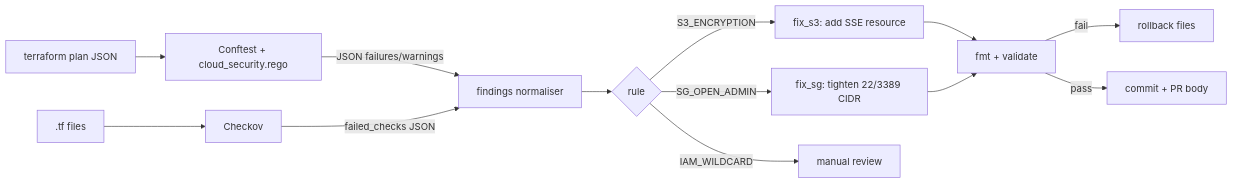
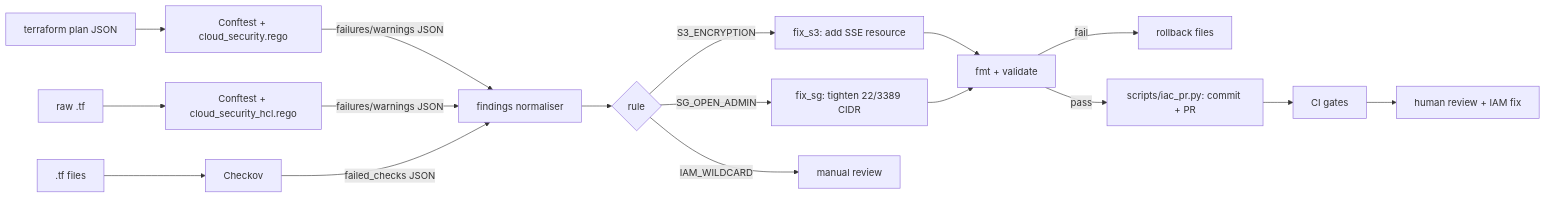
One commit to adeola2021/enterprise-devsecops-iac changed the diagram in REPORT.md. Above: the diagram before and after it, drawn with Mermaid. The commit also changed other lines of this file and 2 other files, not shown here.

````diff
--- a/REPORT.md
+++ b/REPORT.md
@@ -27,15 +29,18 @@
 ```mermaid
 flowchart LR
   A[terraform plan JSON] --> C[Conftest + cloud_security.rego]
+  H[raw .tf] --> C2[Conftest + cloud_security_hcl.rego]
   B[.tf files] --> D[Checkov]
-  C -->|JSON failures/warnings| N[findings normaliser]
+  C -->|failures/warnings JSON| N[findings normaliser]
+  C2 -->|failures/warnings JSON| N
   D -->|failed_checks JSON| N
   N --> F{rule}
   F -->|S3_ENCRYPTION| S3[fix_s3: add SSE resource]
   F -->|SG_OPEN_ADMIN| SG[fix_sg: tighten 22/3389 CIDR]
   F -->|IAM_WILDCARD| M[manual review]
   S3 --> V[fmt + validate]
   SG --> V
   V -->|fail| R[rollback files]
-  V -->|pass| P[commit + PR body]
+  V -->|pass| P[scripts/iac_pr.py: commit + PR]
+  P --> CI[CI gates] --> HR[human review + IAM fix]
 ```
````
